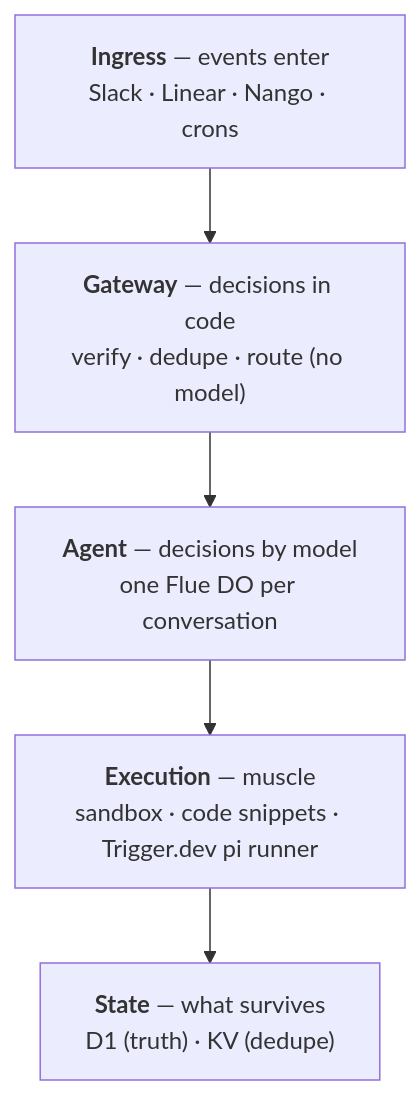
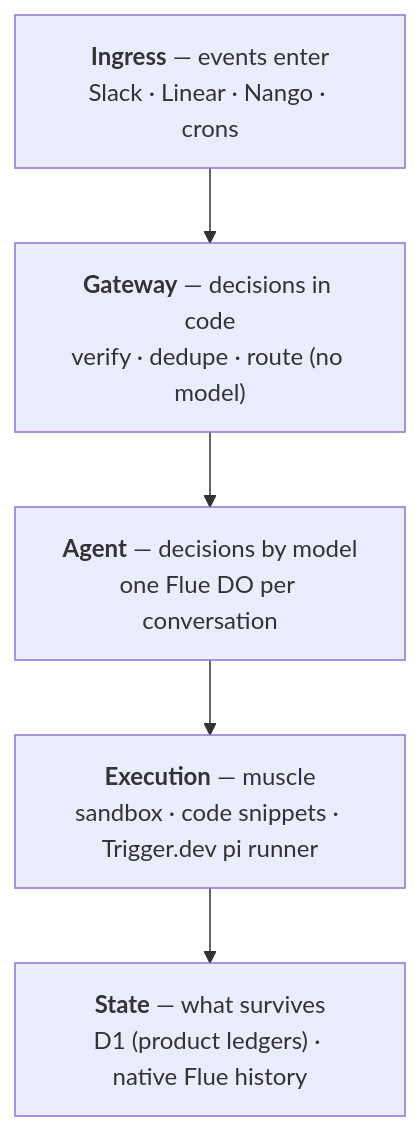
The first of 2 diagrams in README.md (cshyang/MoreHands), drawn with Mermaid before and after one commit. The commit also changed other lines of this file and 133 other files, not shown here.

````diff
--- a/README.md
+++ b/README.md
@@ -55,14 +59,14 @@
 ```mermaid
 flowchart TB
     A["`**Ingress** — events enter
     Slack · Linear · Nango · crons`"]
     B["`**Gateway** — decisions in code
     verify · dedupe · route (no model)`"]
     C["`**Agent** — decisions by model
     one Flue DO per conversation`"]
     D["`**Execution** — muscle
     sandbox · code snippets · Trigger.dev pi runner`"]
     E["`**State** — what survives
-    D1 (truth) · KV (dedupe)`"]
+    D1 (product ledgers) · native Flue history`"]
     A --> B --> C --> D --> E
 ```
````
